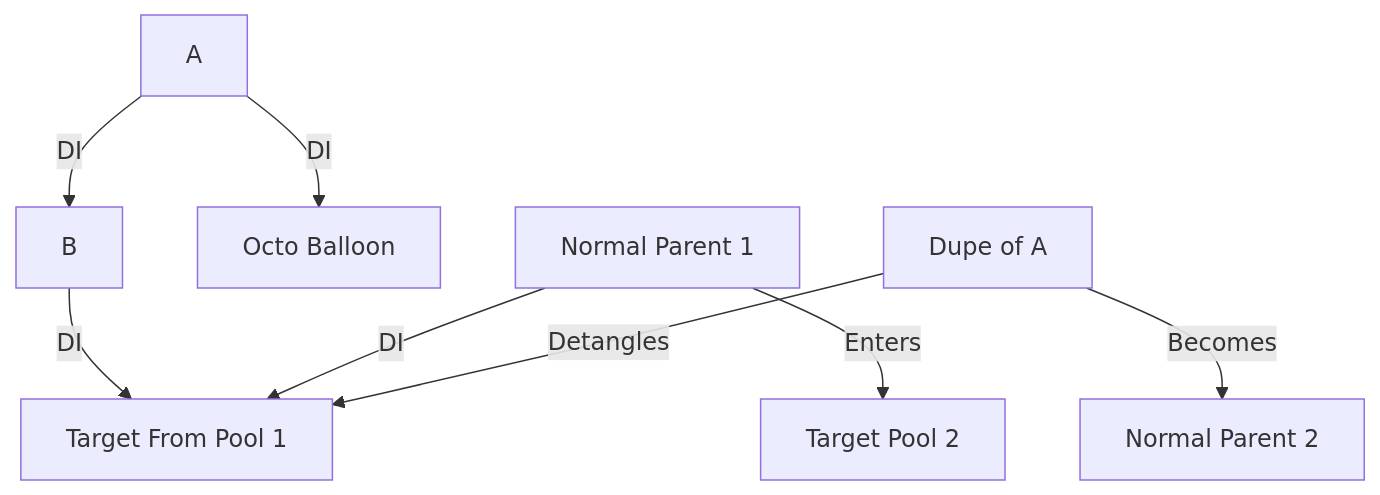
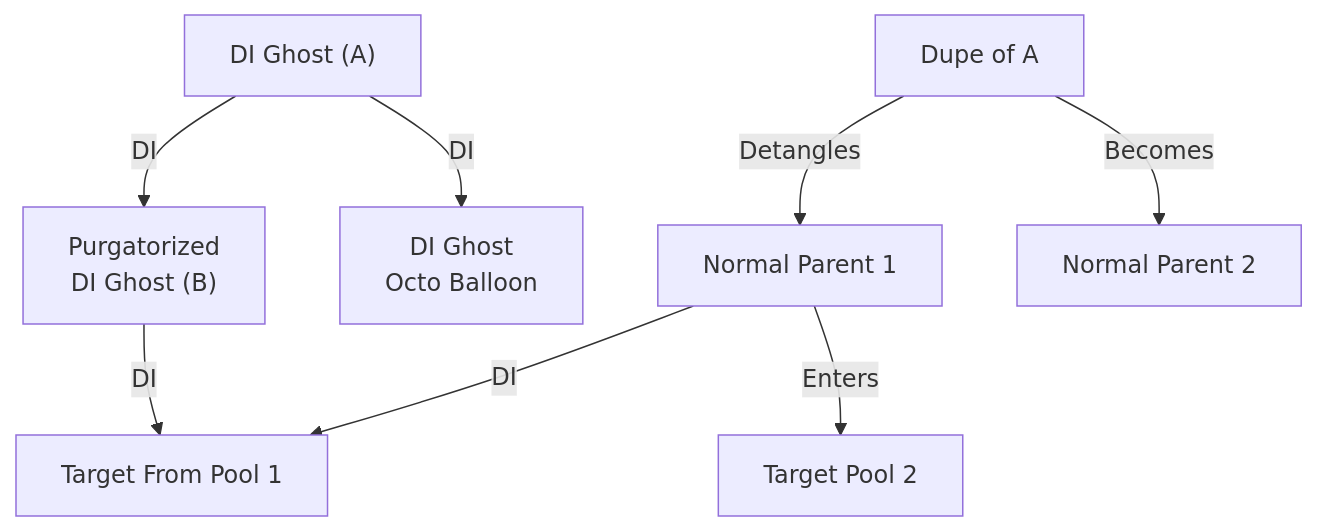
Before and after one commit to BKMzero/ultrabroken-documentation: the tenth of 14 diagrams in docs/wiki/glitchcraft/batch-despawn-interrupt.md, drawn with Mermaid. The commit also changed other lines of this file, not shown here.

````diff
--- a/docs/wiki/glitchcraft/batch-despawn-interrupt.md
+++ b/docs/wiki/glitchcraft/batch-despawn-interrupt.md
@@ -709,10 +718,19 @@
             ```mermaid
             graph TD
-                A[A] -->|DI| B[B]
-                A -->|DI| C[Octo Balloon]
-                B -->|DI| D[Target From Pool 1]
-                E[Normal Parent 1] -->|DI| D
-                F[Dupe of A] -->|Detangles| D
-                E -->|Enters| G[Target Pool 2]
-                F -->|Becomes| H[Normal Parent 2]
+                A["DI Ghost (A)"]
+                B["Purgatorized<br/>DI Ghost (B)"]
+                OCTO["DI Ghost<br/> Octo Balloon"]
+                C[Target From Pool 1]
+                D[Normal Parent 1]
+                E[Dupe of A]
+                F[Target Pool 2]
+                G[Normal Parent 2]
+
+                A -->|DI| B
+                A -->|DI| OCTO
+                B -->|DI| C
+                D -->|DI| C
+                E -->|Detangles| D
+                D -->|Enters| F
+                E -->|Becomes| G
             ```
````
